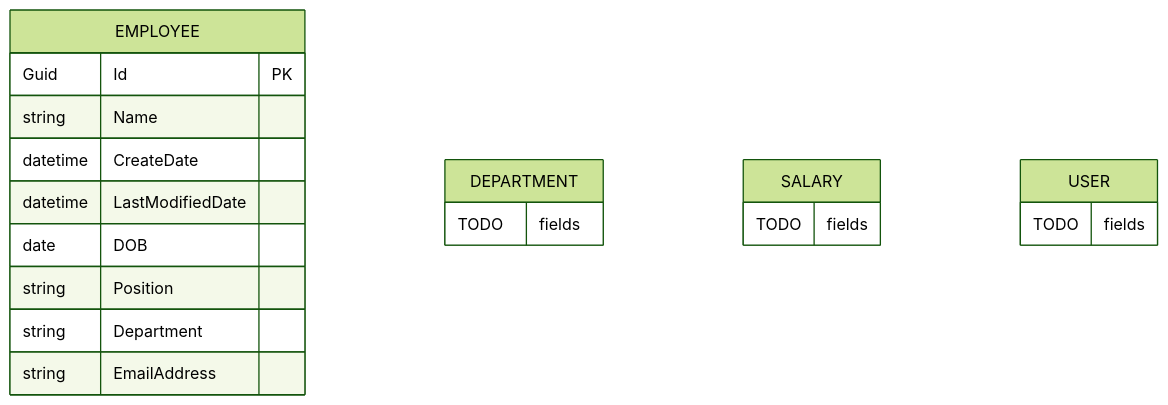
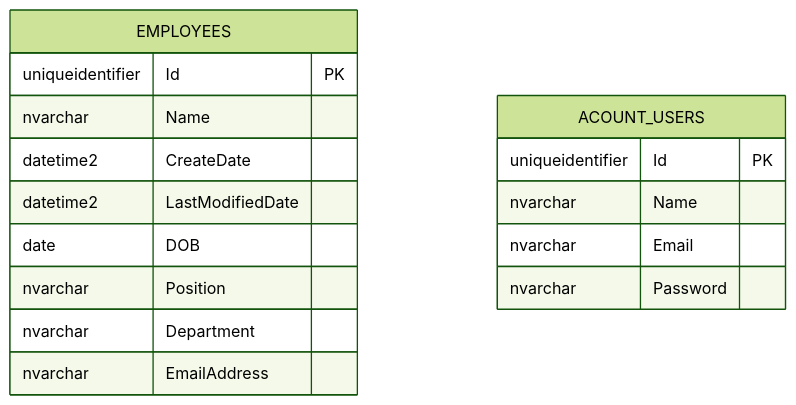
The second of 2 diagrams in README.md (affansafi1221-byte/EmployeeManagementAPI), drawn with Mermaid (forest theme) before and after one commit. The commit also changed other lines of this file, not shown here.

````diff
--- a/README.md
+++ b/README.md
@@ -74,22 +76,19 @@
 ```mermaid
 erDiagram
-    EMPLOYEE {
-        Guid Id PK
-        string Name
-        datetime CreateDate
-        datetime LastModifiedDate
+    EMPLOYEES {
+        uniqueidentifier Id PK
+        nvarchar Name
+        datetime2 CreateDate
+        datetime2 LastModifiedDate
         date DOB
-        string Position
-        string Department
-        string EmailAddress
+        nvarchar Position
+        nvarchar Department
+        nvarchar EmailAddress
     }
-    DEPARTMENT {
-        TODO fields
-    }
-    SALARY {
-        TODO fields
-    }
-    USER {
-        TODO fields
+    ACOUNT_USERS {
+        uniqueidentifier Id PK
+        nvarchar Name
+        nvarchar Email
+        nvarchar Password
     }
 ```
````
